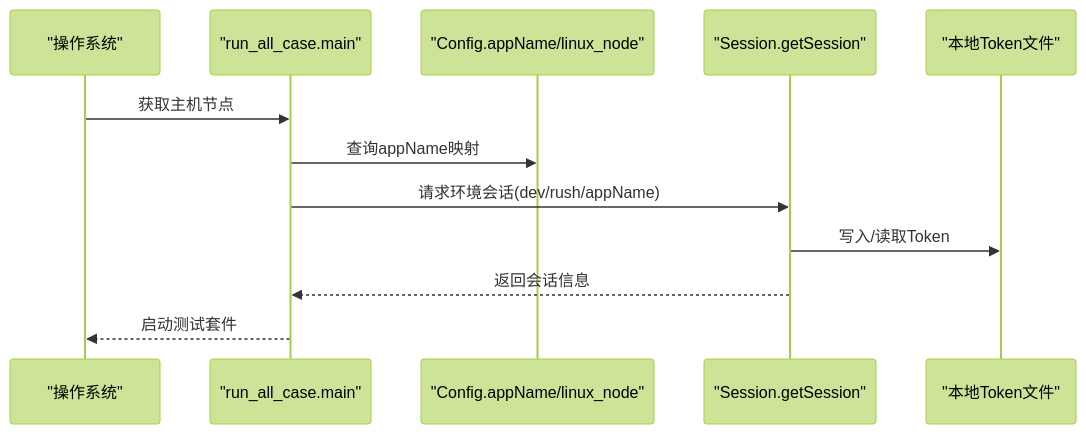
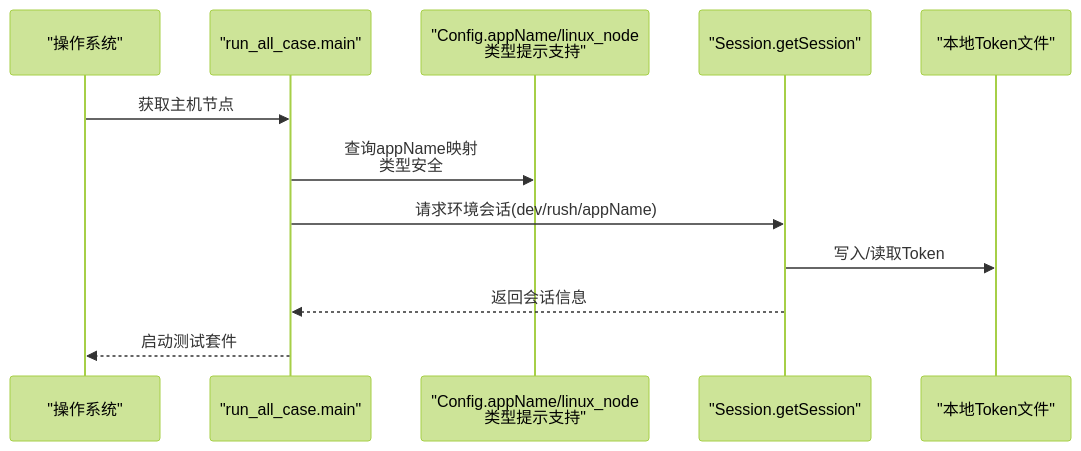
Before and after one commit to liximing1-ola/qa-payTest: the fifth of 7 diagrams in .qoder/repowiki/zh/content/核心模块/配置管理模块.md, drawn with Mermaid (forest theme). The commit also changed other lines of this file and 14 other files, not shown here.

````diff
--- a/.qoder/repowiki/zh/content/核心模块/配置管理模块.md
+++ b/.qoder/repowiki/zh/content/核心模块/配置管理模块.md
@@ -199,14 +207,14 @@
 ```mermaid
 sequenceDiagram
 participant OS as "操作系统"
 participant Runner as "run_all_case.main"
-participant Config as "Config.appName/linux_node"
+participant Config as "Config.appName/linux_node<br/>类型提示支持"
 participant Session as "Session.getSession"
 participant Token as "本地Token文件"
 OS->>Runner : 获取主机节点
-Runner->>Config : 查询appName映射
+Runner->>Config : 查询appName映射<br/>类型安全
 Runner->>Session : 请求环境会话(dev/rush/appName)
 Session->>Token : 写入/读取Token
 Session-->>Runner : 返回会话信息
 Runner-->>OS : 启动测试套件
 ```
````
